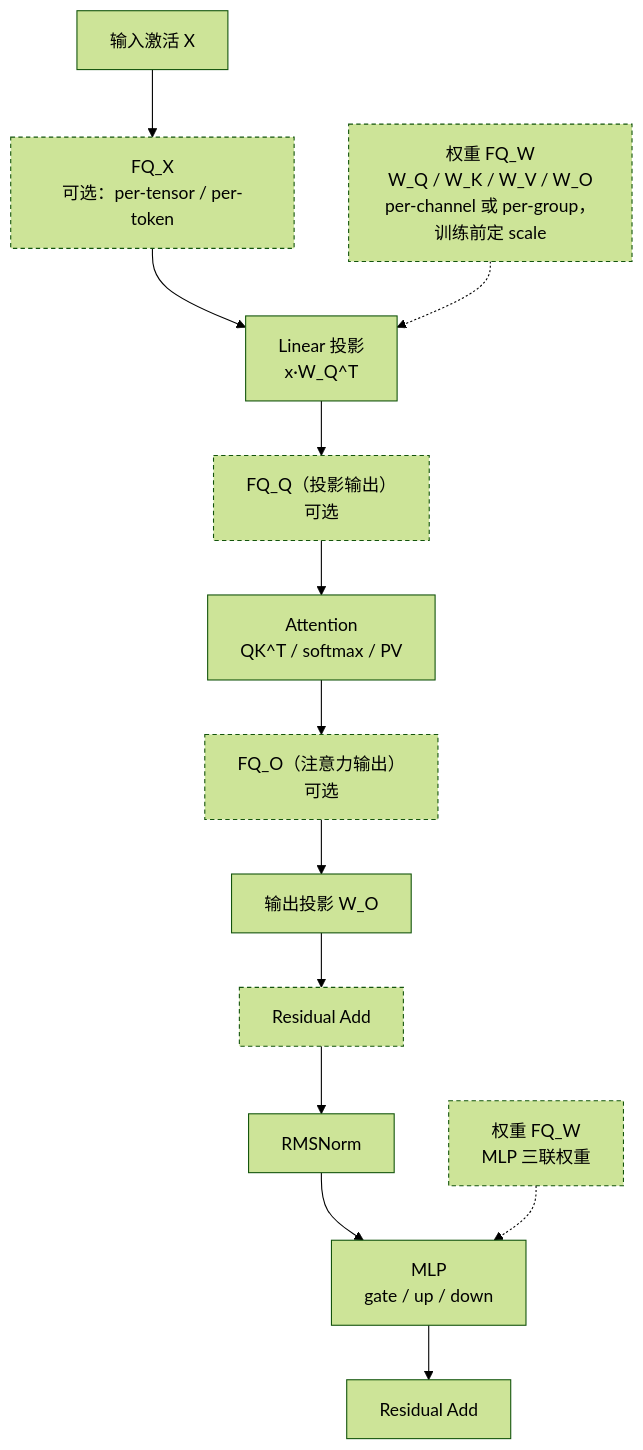
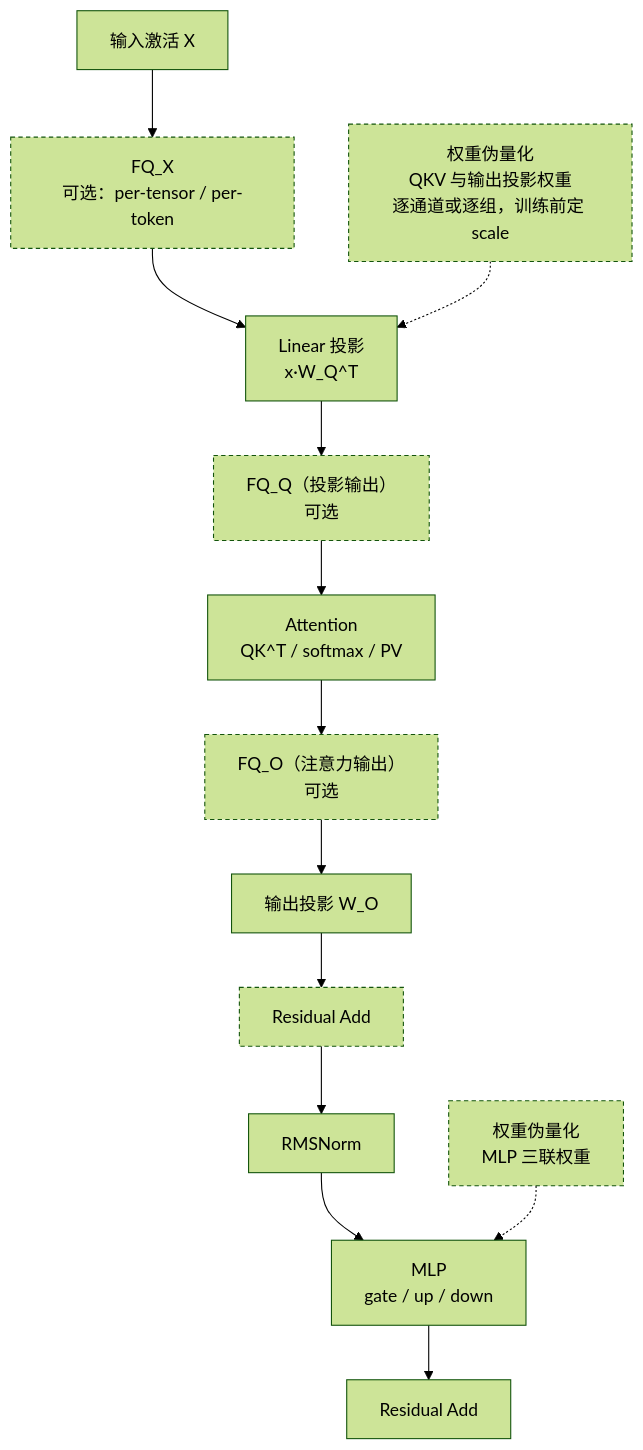
Before and after one commit to lrypcy/lrypcy.github.io: the second of 4 diagrams in _posts/2026-08-26-llm-quant-11-fake-quant-insertion.md, drawn with Mermaid (forest theme). The commit also changed other lines of this file and 7 other files, not shown here.

````diff
--- a/_posts/2026-08-26-llm-quant-11-fake-quant-insertion.md
+++ b/_posts/2026-08-26-llm-quant-11-fake-quant-insertion.md
@@ -338,19 +349,19 @@
 ```mermaid
 flowchart TD
     A["输入激活 X"] --> B["FQ_X<br>可选：per-tensor / per-token"]
     B --> C["Linear 投影<br>x·W_Q^T"]
     C --> D["FQ_Q（投影输出）<br>可选"]
     D --> E["Attention<br>QK^T / softmax / PV"]
     E --> F["FQ_O（注意力输出）<br>可选"]
     F --> G["输出投影 W_O"]
     G --> H["Residual Add"]
     H --> I["RMSNorm"]
     I --> J["MLP<br>gate / up / down"]
     J --> K["Residual Add"]
 
-    W1["权重 FQ_W<br>W_Q / W_K / W_V / W_O<br>per-channel 或 per-group，训练前定 scale"] -.-> C
-    W2["权重 FQ_W<br>MLP 三联权重"] -.-> J
+    W1["权重伪量化<br>QKV 与输出投影权重<br>逐通道或逐组，训练前定 scale"] -.-> C
+    W2["权重伪量化<br>MLP 三联权重"] -.-> J
 
     classDef cand stroke-dasharray: 4 3
     class B,D,F,H,W1,W2 cand
 ```
````
